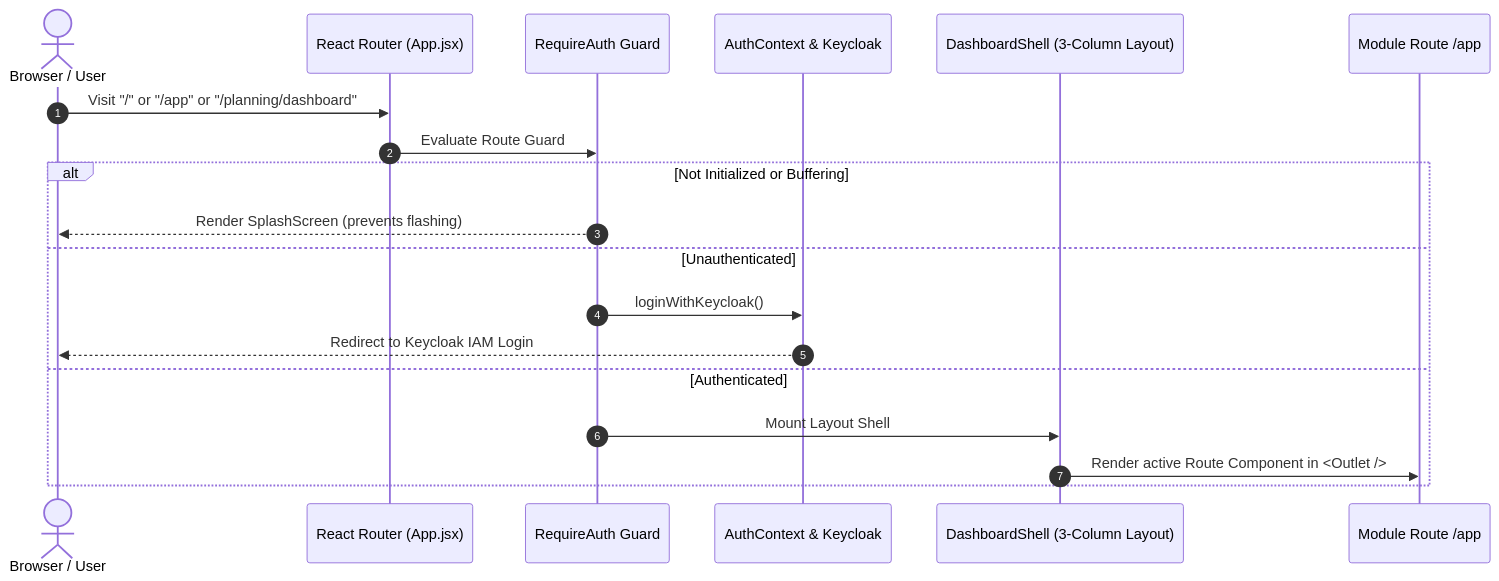
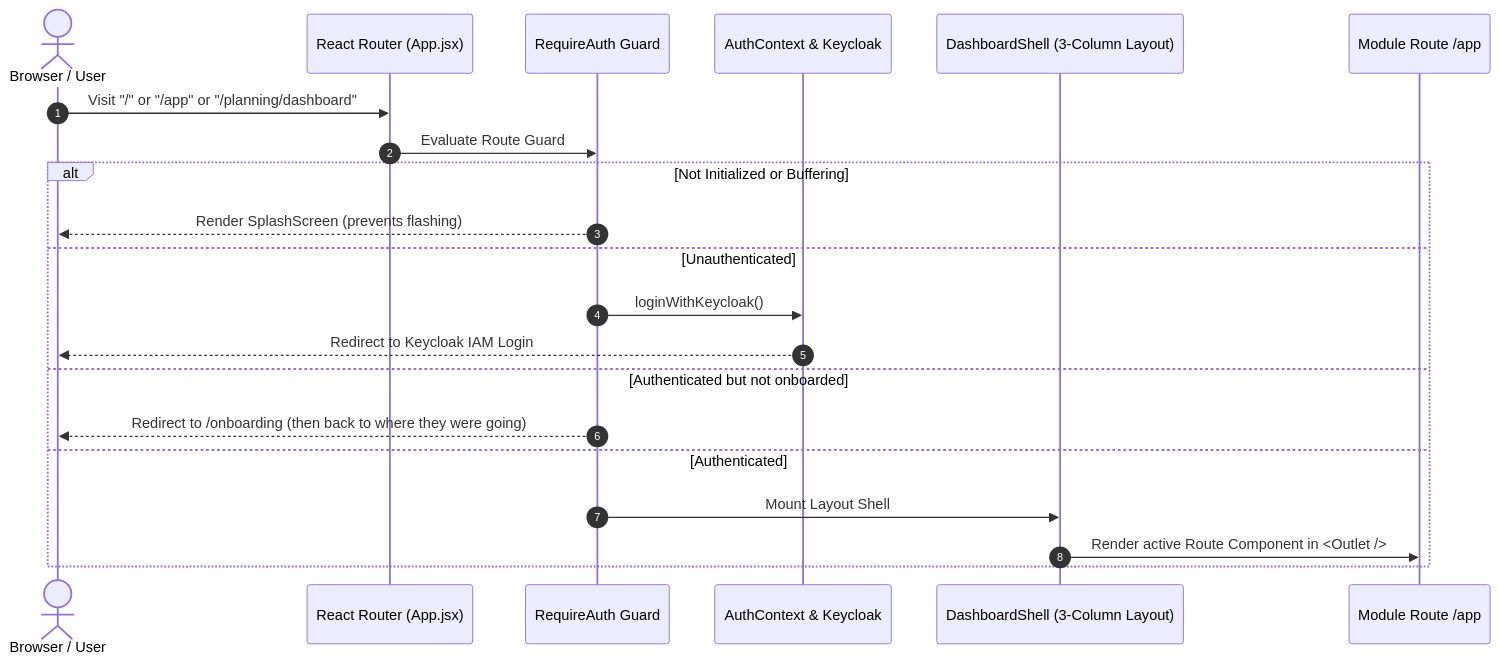
One commit to EMNIPUN/J26-SE-363 changed the second of 2 diagrams in frontend/docs/ROUTING_GUIDELINES.md. Above: the diagram before and after it, drawn with Mermaid. The commit also changed other lines of this file and 13 other files, not shown here.

````diff
--- a/frontend/docs/ROUTING_GUIDELINES.md
+++ b/frontend/docs/ROUTING_GUIDELINES.md
@@ -58,22 +63,24 @@
 ```mermaid
 sequenceDiagram
     autonumber
     actor User as Browser / User
     participant Router as React Router (App.jsx)
     participant Guard as RequireAuth Guard
     participant Auth as AuthContext & Keycloak
     participant Shell as DashboardShell (3-Column Layout)
     participant Page as Module Route /app
 
     User->>Router: Visit "/" or "/app" or "/planning/dashboard"
     Router->>Guard: Evaluate Route Guard
     alt Not Initialized or Buffering
         Guard-->>User: Render SplashScreen (prevents flashing)
     else Unauthenticated
         Guard->>Auth: loginWithKeycloak()
         Auth-->>User: Redirect to Keycloak IAM Login
+    else Authenticated but not onboarded
+        Guard-->>User: Redirect to /onboarding (then back to where they were going)
     else Authenticated
         Guard->>Shell: Mount Layout Shell
         Shell->>Page: Render active Route Component in <Outlet />
     end
 ```
````
